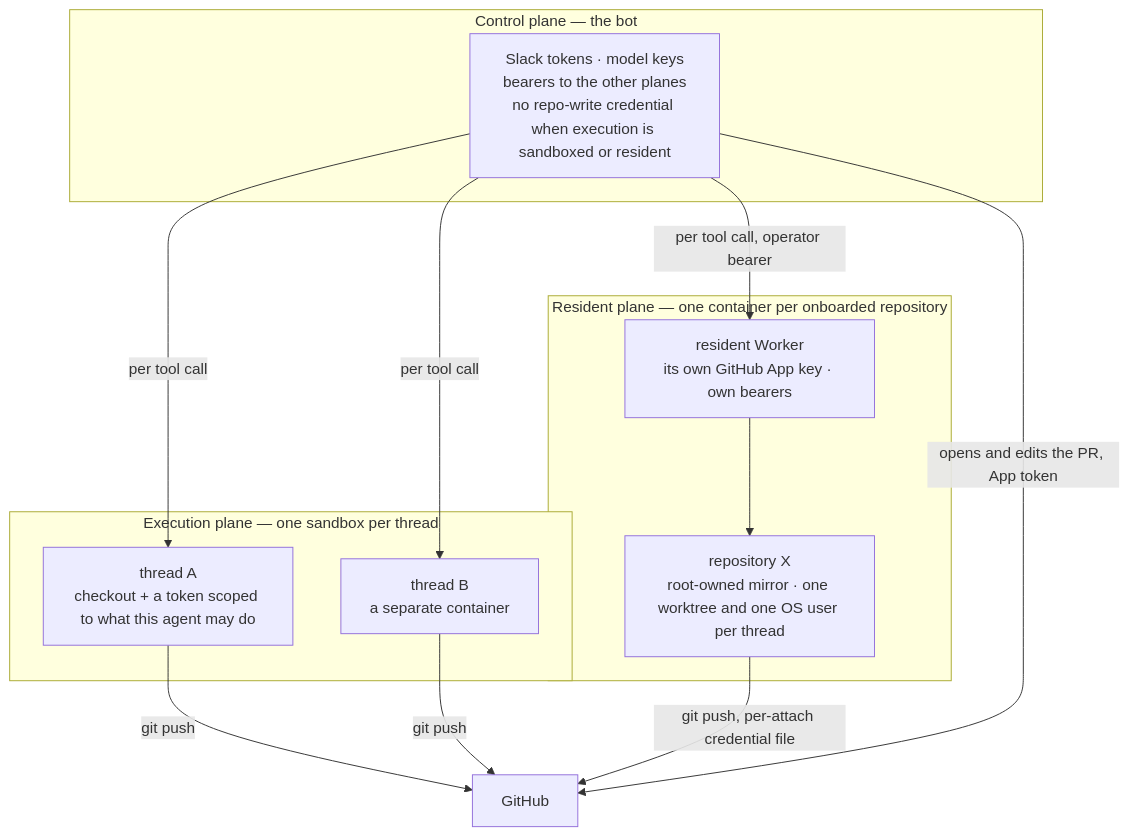
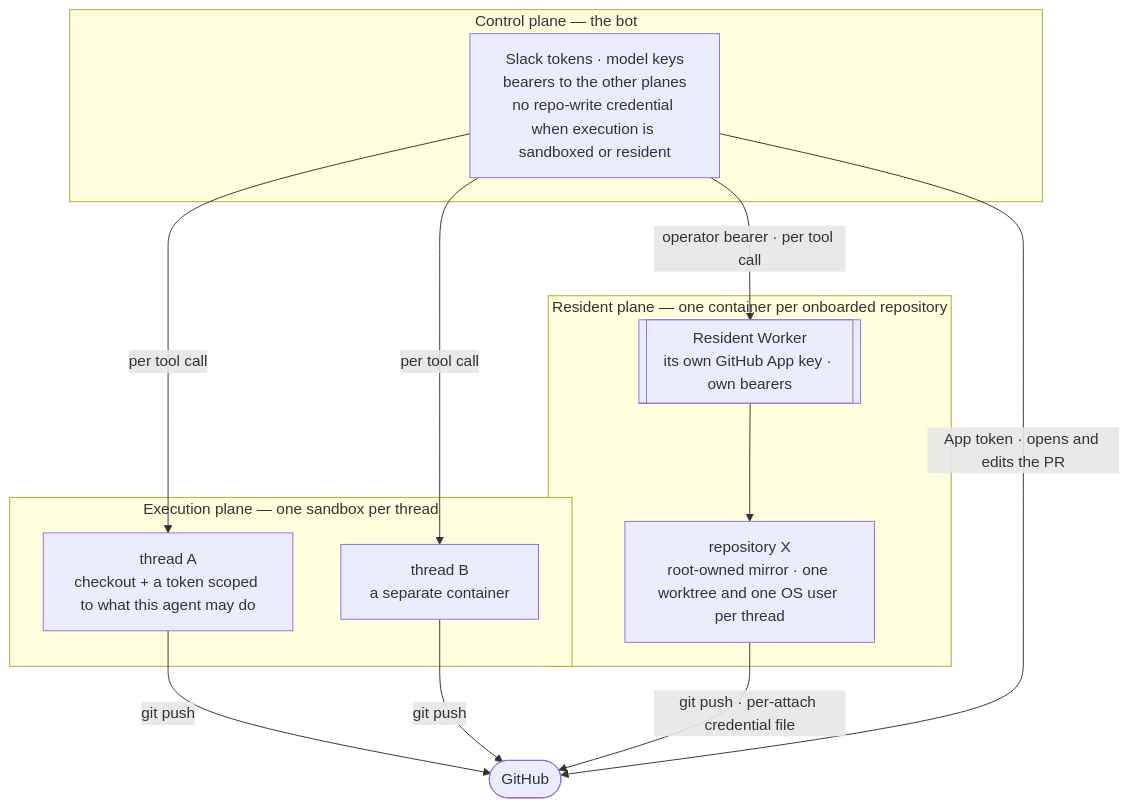
One commit to coreplanelabs/switchboard changed the diagram in docs/explanation/security-model.md. Above: the diagram before and after it, drawn with Mermaid. The commit also changed 22 other files, not shown here.

First line of the commit message:
docs(docs): every diagram shares one visual system, and the four seams and the deploy order are drawn from one source each

````diff
--- a/docs/explanation/security-model.md
+++ b/docs/explanation/security-model.md
@@ -9,19 +9,20 @@
 ```mermaid
 flowchart TB
     subgraph control ["Control plane — the bot"]
         BOT["Slack tokens · model keys<br/>bearers to the other planes<br/>no repo-write credential when execution is sandboxed or resident"]
     end
     subgraph exec ["Execution plane — one sandbox per thread"]
         S1["thread A<br/>checkout + a token scoped to what this agent may do"]
         S2["thread B<br/>a separate container"]
     end
     subgraph resident ["Resident plane — one container per onboarded repository"]
-        RW["resident Worker<br/>its own GitHub App key · own bearers"]
+        RW[["Resident Worker<br/>its own GitHub App key · own bearers"]]
         RD["repository X<br/>root-owned mirror · one worktree and one OS user per thread"]
     end
+    GH(["GitHub"])
     BOT -->|"per tool call"| S1 & S2
-    BOT -->|"per tool call, operator bearer"| RW --> RD
-    S1 & S2 -->|"git push"| GH["GitHub"]
-    RD -->|"git push, per-attach credential file"| GH
-    BOT -->|"opens and edits the PR, App token"| GH
+    BOT -->|"operator bearer · per tool call"| RW --> RD
+    S1 & S2 -->|"git push"| GH
+    RD -->|"git push · per-attach credential file"| GH
+    BOT -->|"App token · opens and edits the PR"| GH
 ```
````
